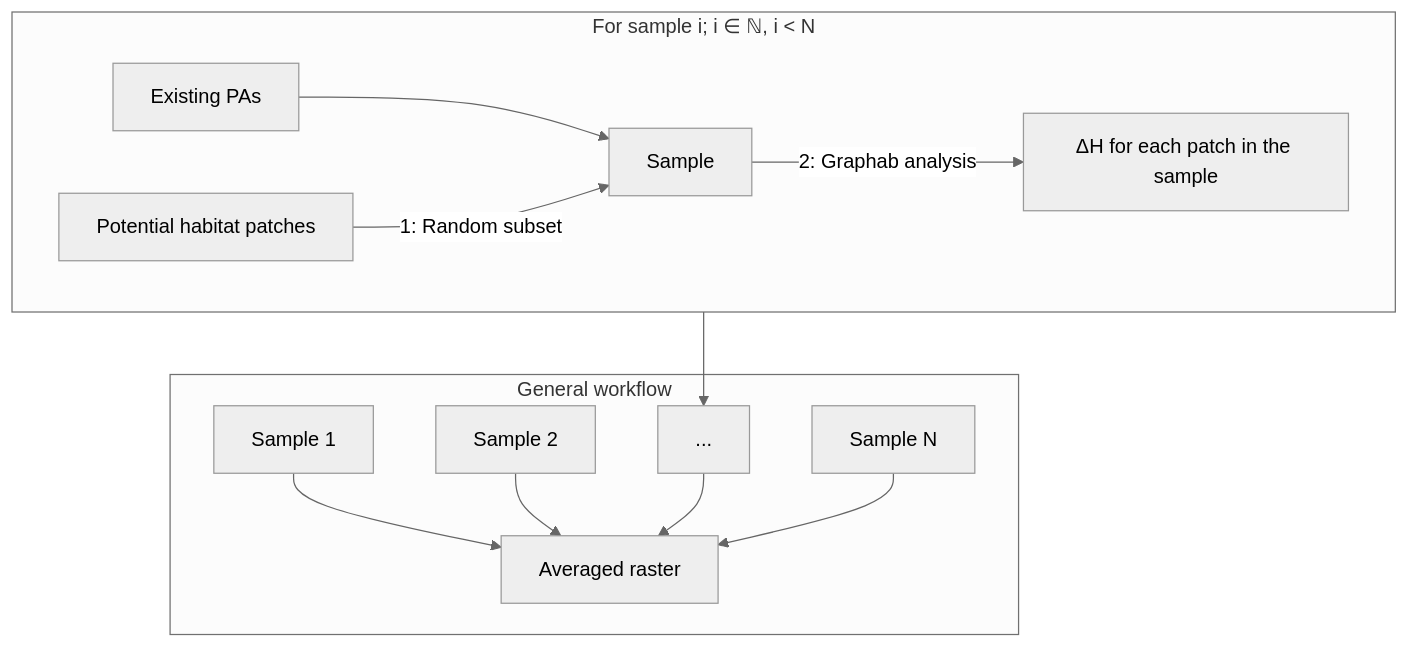
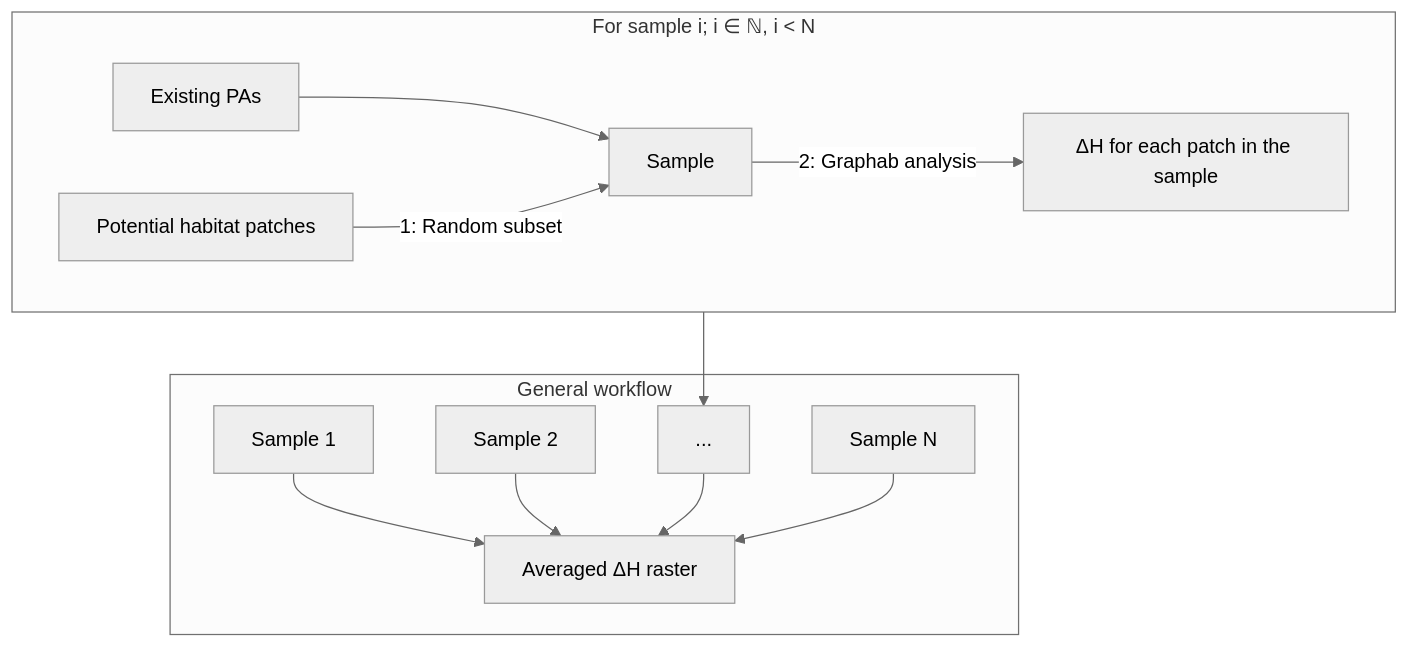
One commit to ManuelPopp/ZHConnect changed the diagram in README.md. Above: the diagram before and after it, drawn with Mermaid (neutral theme).

````diff
--- a/README.md
+++ b/README.md
@@ -4,15 +4,15 @@
 ```mermaid
 flowchart TD
     subgraph E ["For sample i; i ∈ ℕ, i < N"]
         A["Existing PAs"] --> C[Sample]
         B["Potential habitat patches"] -- 1: Random subset --> C
         C -- 2: Graphab analysis --> D[ΔH for each patch in the sample]
     end
     subgraph K [General workflow]
-        F[Sample 1] --> J[Averaged raster]
+        F[Sample 1] --> J[Averaged ΔH raster]
         G[Sample 2] --> J
         H["..."] --> J
         I[Sample N] --> J
     end
     E --> H
 ```
````
